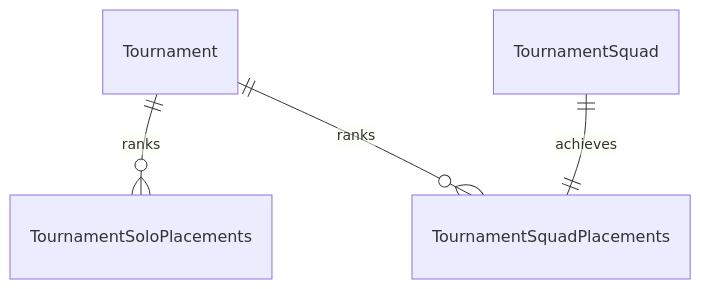
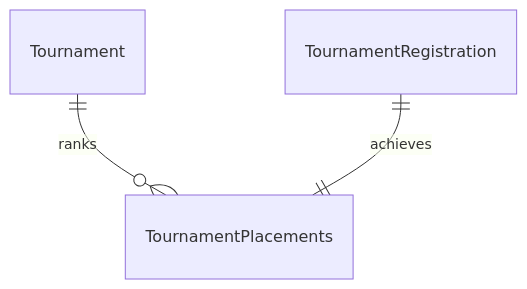
One commit to MarioKartCentral/MarioKartCentral changed the eighth of 9 diagrams in docs/database.md. Above: the diagram before and after it, drawn with Mermaid. The commit also changed other lines of this file and 25 other files, not shown here.

````diff
--- a/docs/database.md
+++ b/docs/database.md
@@ -274,7 +275,6 @@
 ```mermaid
 erDiagram
     %% Placements
-    Tournament ||--o{ TournamentSoloPlacements : "ranks"
-    Tournament ||--o{ TournamentSquadPlacements : "ranks"
-    TournamentSquad ||--|| TournamentSquadPlacements : "achieves"
+    Tournament ||--o{ TournamentPlacements : "ranks"
+    TournamentRegistration ||--|| TournamentPlacements : "achieves"
 ```
````
